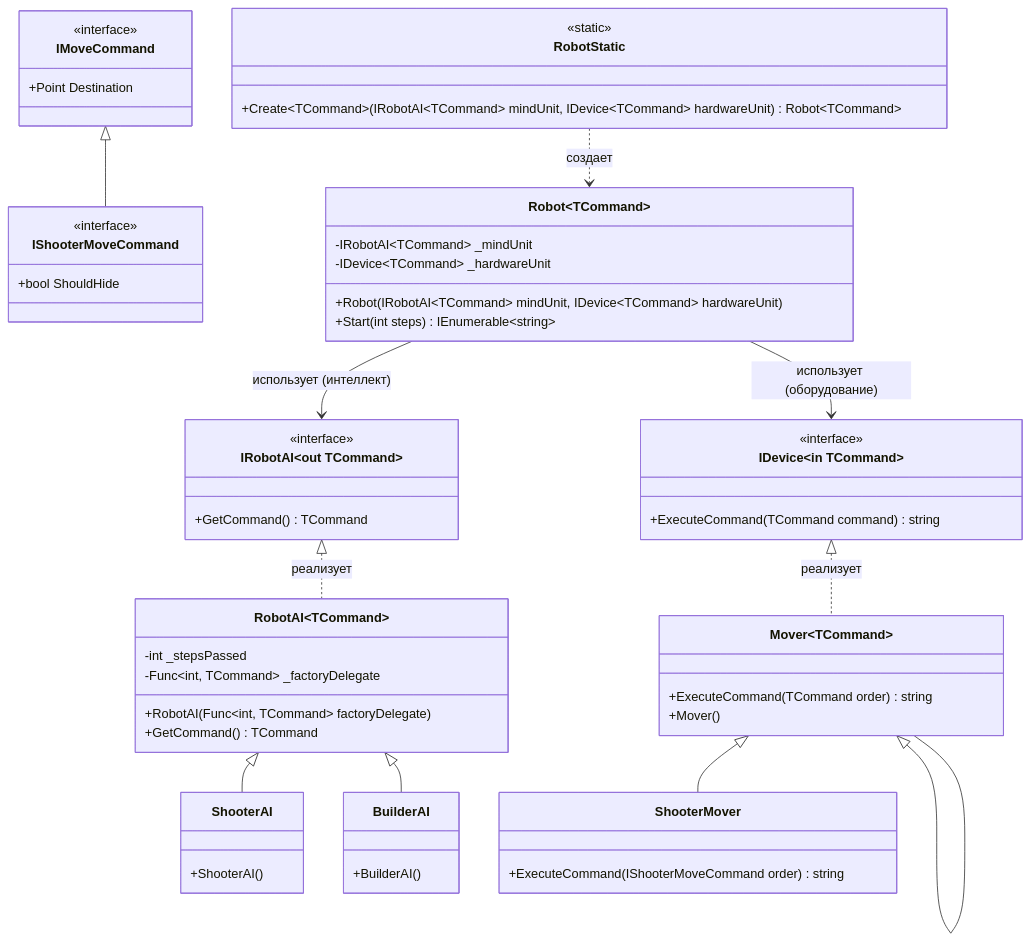
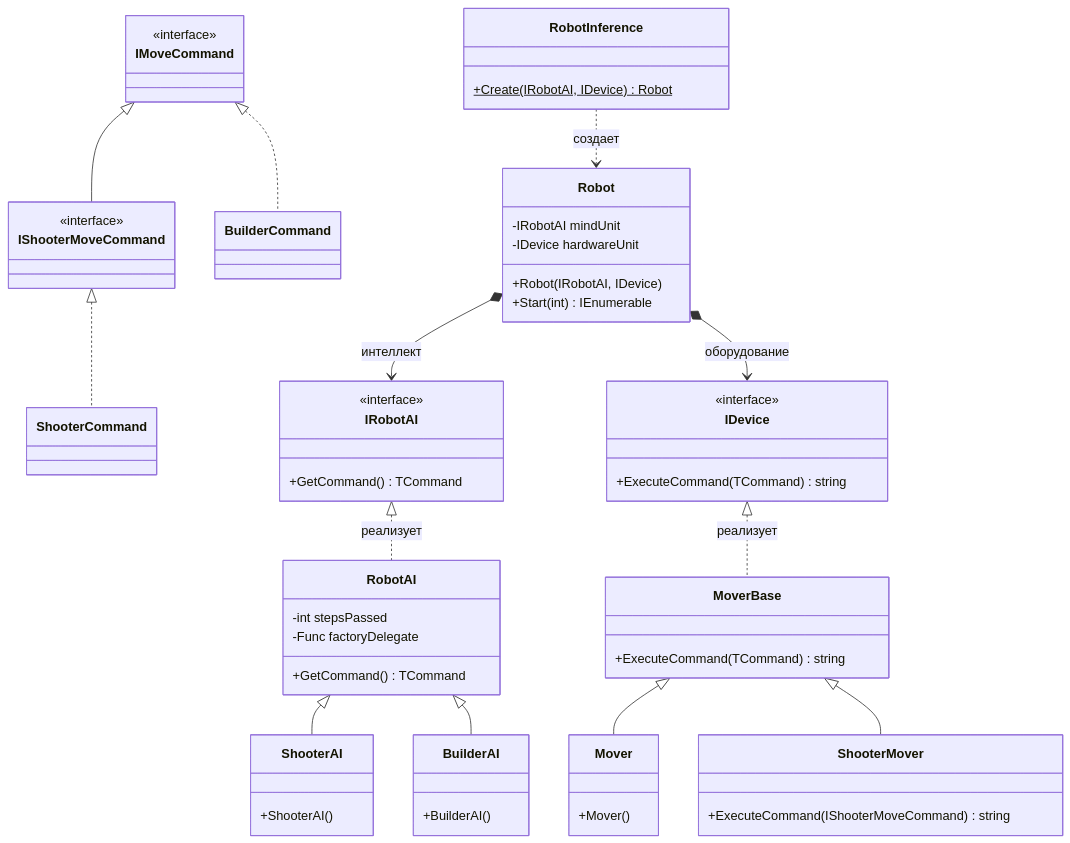
Before and after one commit to NingerangorOid/Praktika_2026: the diagram in robots.md, drawn with Mermaid.

Commit message:
правки внесены

````diff
--- a/robots.md
+++ b/robots.md
@@ -1,76 +1,65 @@
 ```mermaid
 classDiagram
-    %% --- ИНТЕРФЕЙСЫ И КОМАНДЫ ---
-    class IRobotAI~out TCommand~ {
+    direction TB
+
+    %% Инфраструктурные интерфейсы команд
+    class IMoveCommand { <<interface>> }
+    class IShooterMoveCommand { <<interface>> }
+    class ShooterCommand
+    class BuilderCommand
+    
+    IMoveCommand <|-- IShooterMoveCommand
+    IShooterMoveCommand <|.. ShooterCommand
+    IMoveCommand <|.. BuilderCommand
+
+    %% Базовые интерфейсы ИИ и Устройств
+    class IRobotAI {
         <<interface>>
         +GetCommand() TCommand
     }
-    
-    class IDevice~in TCommand~ {
+    class IDevice {
         <<interface>>
-        +ExecuteCommand(TCommand command) string
+        +ExecuteCommand(TCommand) string
     }
 
-    class IMoveCommand {
-        <<interface>>
-        +Point Destination
-    }
-    
-    class IShooterMoveCommand {
-        <<interface>>
-        +bool ShouldHide
-    }
-    IMoveCommand <|-- IShooterMoveCommand
-
-    %% --- КОМПОНЕНТЫ ИИ ---
-    class RobotAI~TCommand~ {
-        -int _stepsPassed
-        -Func~int, TCommand~ _factoryDelegate
-        +RobotAI(Func~int, TCommand~ factoryDelegate)
+    %% Обобщенная логика
+    class RobotAI {
+        -int stepsPassed
+        -Func factoryDelegate
         +GetCommand() TCommand
     }
-    IRobotAI~TCommand~ <|.. RobotAI~TCommand~ : реализует
+    IRobotAI <|.. RobotAI : реализует
 
-    class ShooterAI {
-        +ShooterAI()
+    class MoverBase {
+        +ExecuteCommand(TCommand) string
     }
-    RobotAI~ShooterCommand~ <|-- ShooterAI
+    IDevice <|.. MoverBase : реализует
 
-    class BuilderAI {
-        +BuilderAI()
+    %% Реализации ИИ
+    class ShooterAI { +ShooterAI() }
+    class BuilderAI { +BuilderAI() }
+    RobotAI <|-- ShooterAI
+    RobotAI <|-- BuilderAI
+
+    %% Реализации Устройств
+    class Mover { +Mover() }
+    class ShooterMover { +ExecuteCommand(IShooterMoveCommand) string }
+    MoverBase <|-- Mover
+    MoverBase <|-- ShooterMover
+
+    %% Главный класс Робота
+    class Robot {
+        -IRobotAI mindUnit
+        -IDevice hardwareUnit
+        +Robot(IRobotAI, IDevice)
+        +Start(int) IEnumerable
     }
-    RobotAI~BuilderCommand~ <|-- BuilderAI
+    Robot *--> IRobotAI : интеллект
+    Robot *--> IDevice : оборудование
 
-    %% --- ЖЕЛЕЗО И УСТРОЙСТВА ---
-    class Mover~TCommand~ {
-        +ExecuteCommand(TCommand order) string
+    %% Статический метод фабрики без экранирования
+    class RobotInference {
+        +Create(IRobotAI, IDevice)$ Robot
     }
-    IDevice~TCommand~ <|.. Mover~TCommand~ : реализует
-
-    class Mover {
-        +Mover()
-    }
-    Mover~IMoveCommand~ <|-- Mover
-
-    class ShooterMover {
-        +ExecuteCommand(IShooterMoveCommand order) string
-    }
-    Mover~IShooterMoveCommand~ <|-- ShooterMover
-
-    %% --- СИСТЕМА РОБОТА ---
-    class Robot~TCommand~ {
-        -IRobotAI~TCommand~ _mindUnit
-        -IDevice~TCommand~ _hardwareUnit
-        +Robot(IRobotAI~TCommand~ mindUnit, IDevice~TCommand~ hardwareUnit)
-        +Start(int steps) IEnumerable~string~
-    }
-
-    class RobotStatic {
-        <<static>>
-        +Create~TCommand~(IRobotAI~TCommand~ mindUnit, IDevice~TCommand~ hardwareUnit) Robot~TCommand~
-    }
-    
-    Robot~TCommand~ --> IRobotAI~TCommand~ : использует (интеллект)
-    Robot~TCommand~ --> IDevice~TCommand~ : использует (оборудование)
-    RobotStatic ..> Robot~TCommand~ : создает
+    RobotInference ..> Robot : создает
 ```
````
